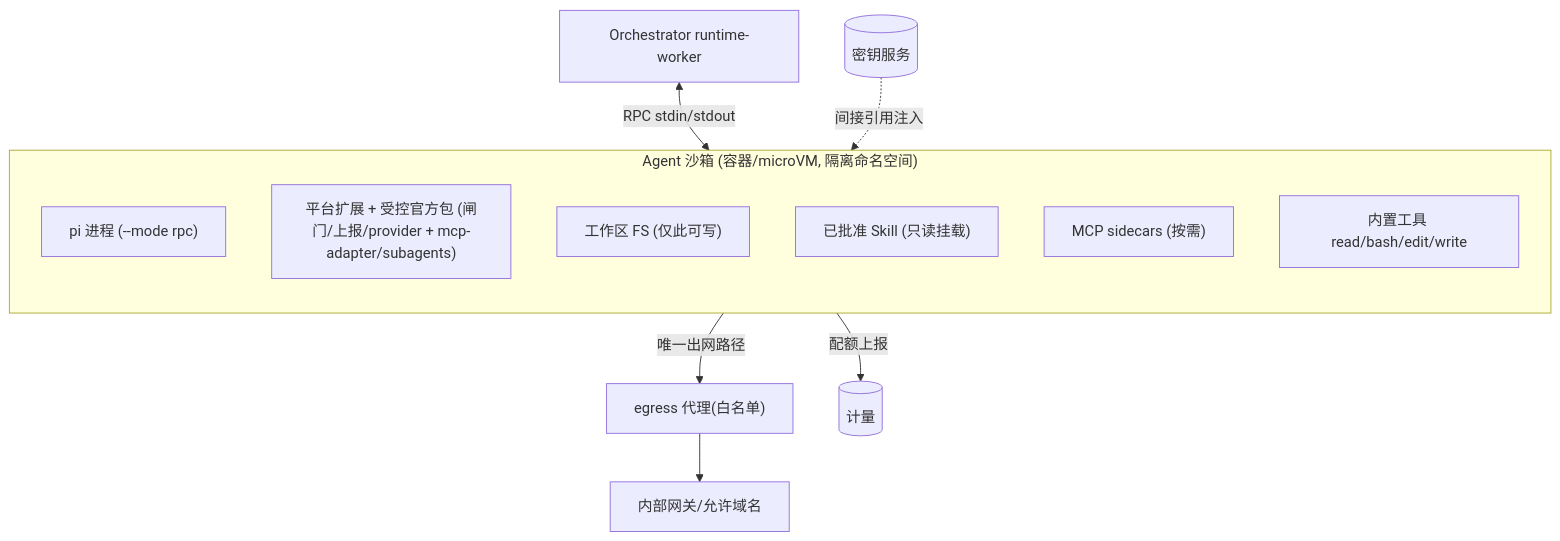
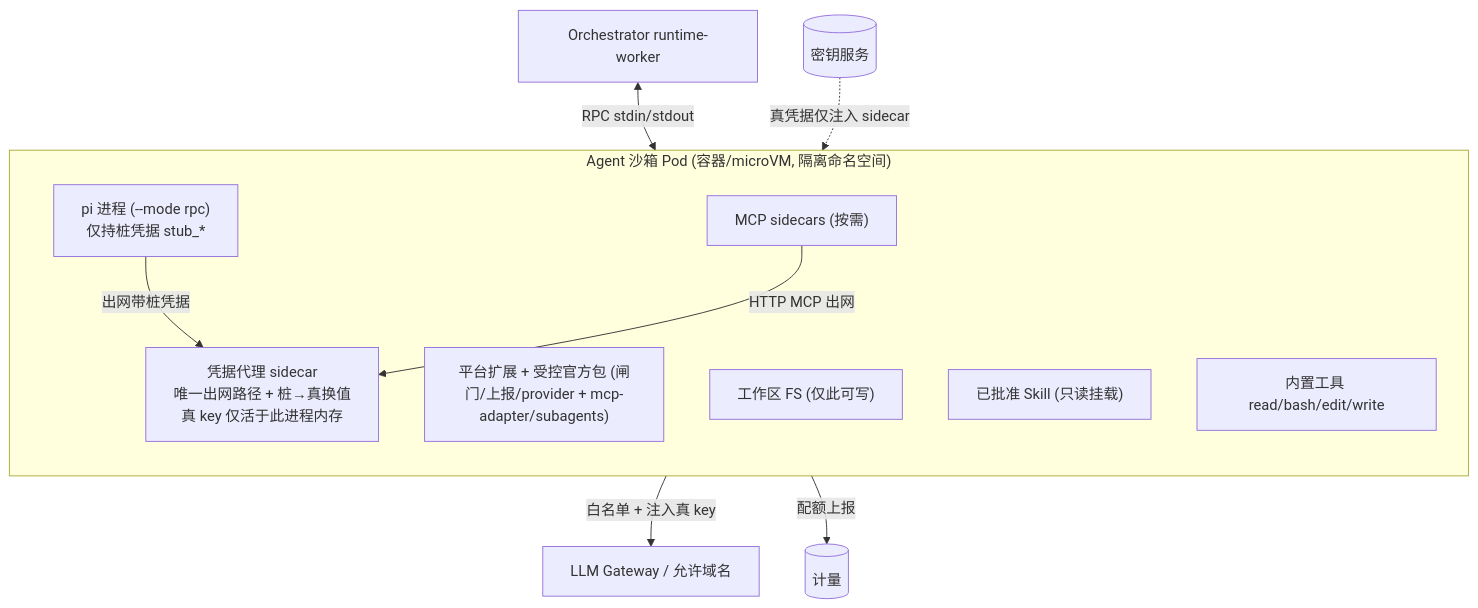
One commit to hxp0618/cloud-agents changed the first of 3 diagrams in doc/design/07-sandbox-isolation.md. Above: the diagram before and after it, drawn with Mermaid. The commit also changed other lines of this file and 5 other files, not shown here.

First line of the commit message:
docs: Polaris 设计文档 v0.6.2 — 沙箱后端 reconcile Sandbox CR + 凭据代理 sidecar

````diff
--- a/doc/design/07-sandbox-isolation.md
+++ b/doc/design/07-sandbox-isolation.md
@@ -47,17 +90,19 @@
 ```mermaid
 flowchart TB
-    subgraph SBX["Agent 沙箱 (容器/microVM, 隔离命名空间)"]
+    subgraph SBX["Agent 沙箱 Pod (容器/microVM, 隔离命名空间)"]
         direction TB
-        Pi["pi 进程 (--mode rpc)"]
+        Pi["pi 进程 (--mode rpc)<br/>仅持桩凭据 stub_*"]
         PExt["平台扩展 + 受控官方包 (闸门/上报/provider + mcp-adapter/subagents)"]
         WS["工作区 FS (仅此可写)"]
         SkillRO["已批准 Skill (只读挂载)"]
         MCP["MCP sidecars (按需)"]
         Tools["内置工具 read/bash/edit/write"]
+        CredProxy["凭据代理 sidecar<br/>唯一出网路径 + 桩→真换值<br/>真 key 仅活于此进程内存"]
     end
     Agent["Orchestrator runtime-worker"] <-->|RPC stdin/stdout| Pi
-    SBX -->|唯一出网路径| Egress["egress 代理(白名单)"]
-    Egress --> Net["内部网关/允许域名"]
-    Vault[("密钥服务")] -. 间接引用注入 .-> SBX
+    Pi -->|出网带桩凭据| CredProxy
+    MCP -->|HTTP MCP 出网| CredProxy
+    CredProxy -->|白名单 + 注入真 key| Net["LLM Gateway / 允许域名"]
+    Vault[("密钥服务")] -. 真凭据仅注入 sidecar .-> CredProxy
     SBX -->|配额上报| Meter[("计量")]
 ```
````
